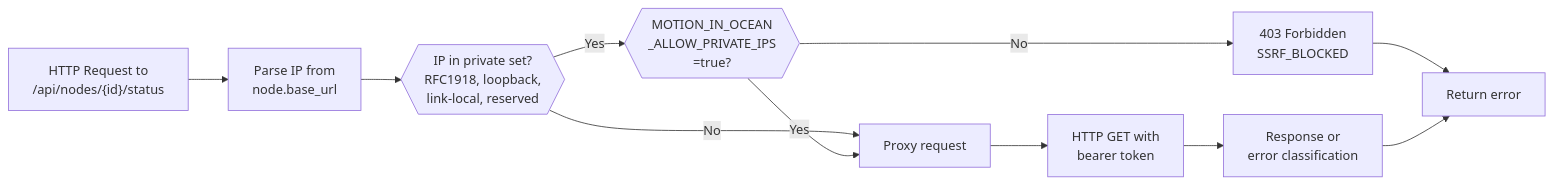
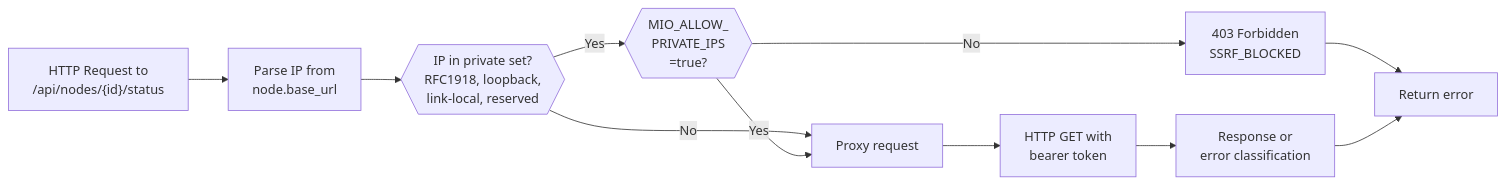
Before and after one commit to CyanAutomation/motioninocean: the third of 7 diagrams in docs/product/PRD-backend.md, drawn with Mermaid. The commit also changed other lines of this file and 3 other files, not shown here.

````diff
--- a/docs/product/PRD-backend.md
+++ b/docs/product/PRD-backend.md
@@ -133,13 +133,13 @@
 ```mermaid
 flowchart LR
     A["HTTP Request to<br/>/api/nodes/{id}/status"] --> B["Parse IP from<br/>node.base_url"]
     B --> C{{"IP in private set?<br/>RFC1918, loopback,<br/>link-local, reserved"}}
-    C -->|Yes| D{{"MOTION_IN_OCEAN<br/>_ALLOW_PRIVATE_IPS<br/>=true?"}}
+    C -->|Yes| D{{"MIO_ALLOW_<br/>PRIVATE_IPS<br/>=true?"}}
     C -->|No| E["Proxy request"]
     D -->|Yes| E
     D -->|No| F["403 Forbidden<br/>SSRF_BLOCKED"]
     E --> G["HTTP GET with<br/>bearer token"]
     G --> H["Response or<br/>error classification"]
     F --> I["Return error"]
     H --> I
 ```
````
